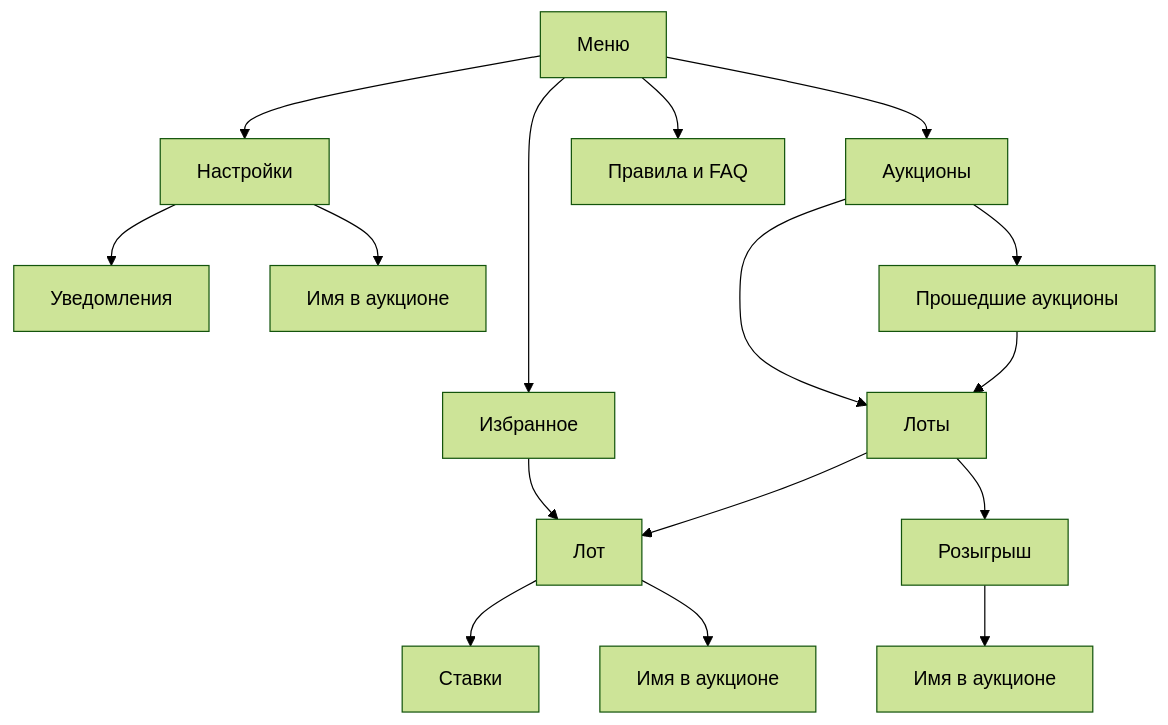
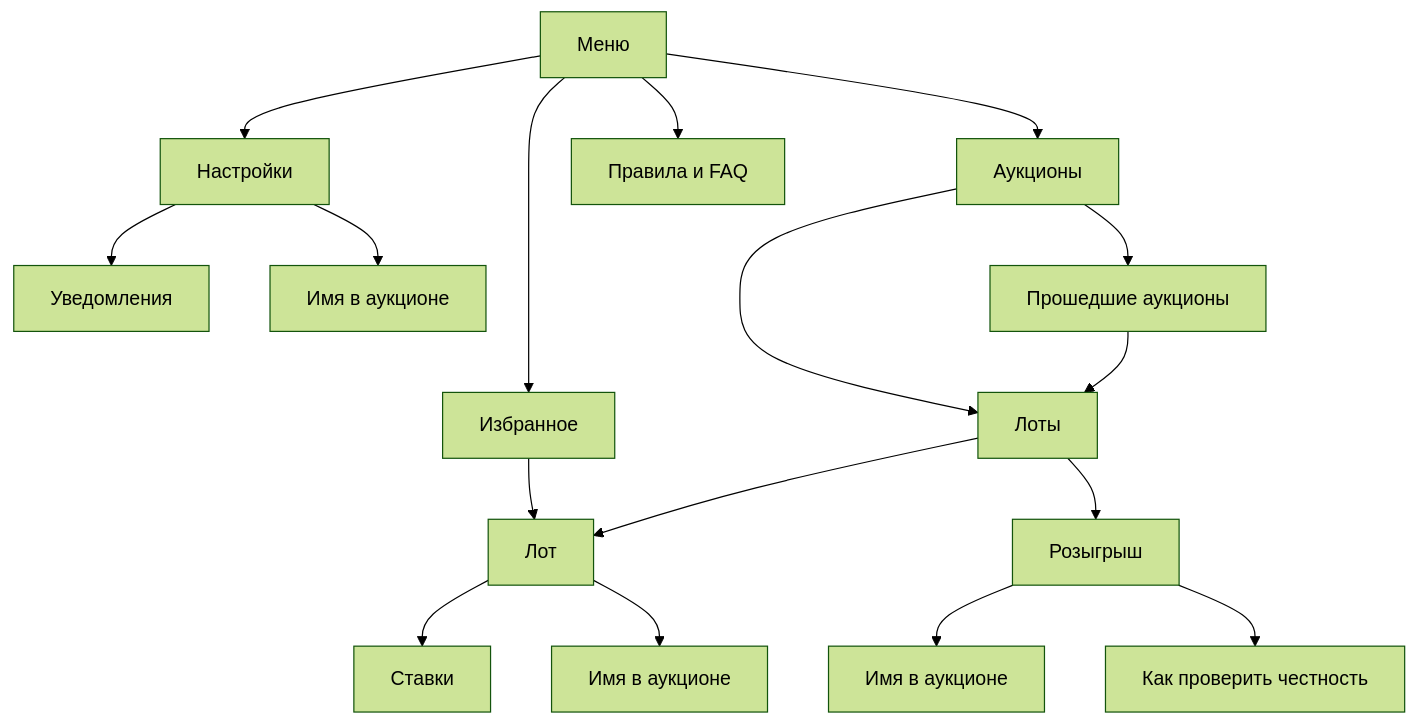
Before and after one commit to Solguficky/solguficky-hub: the second of 2 diagrams in docs/design/bot/design-code.md, drawn with Mermaid (forest theme). The commit also changed other lines of this file and 65 other files, not shown here.

````diff
--- a/docs/design/bot/design-code.md
+++ b/docs/design/bot/design-code.md
@@ -99,19 +100,20 @@
 ```mermaid
 flowchart TD
     menu[Меню]
     menu --> auctions[Аукционы]
     menu --> favorites[Избранное]
     menu --> settings[Настройки]
     menu --> faq[Правила и FAQ]
     settings --> notify[Уведомления]
     settings --> settingsName[Имя в аукционе]
     auctions --> past[Прошедшие аукционы]
     auctions --> feed[Лоты]
     favorites --> lot
     past --> feed
     feed --> lot[Лот]
     lot --> history[Ставки]
     lot --> name[Имя в аукционе]
     feed --> raffle[Розыгрыш]
     raffle --> raffleName[Имя в аукционе]
+    raffle --> raffleProof[Как проверить честность]
 ```
````
